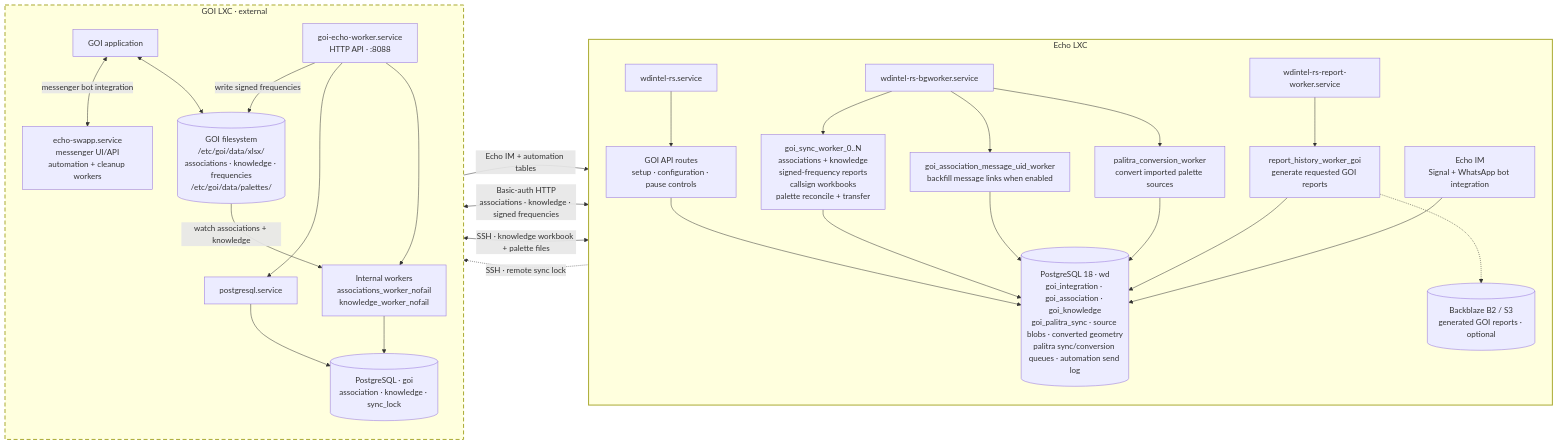
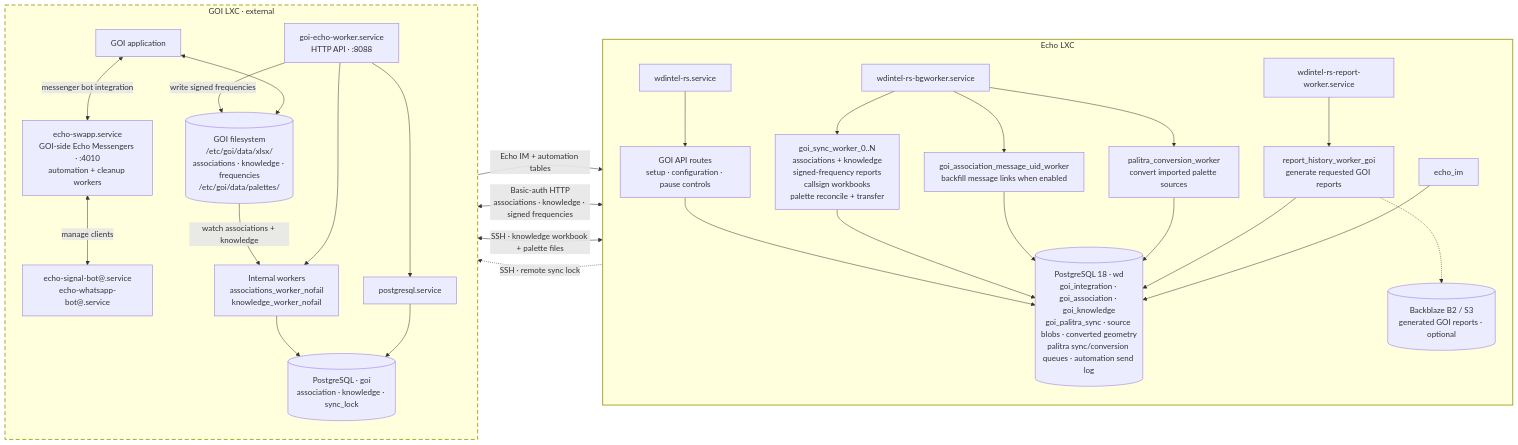
One commit to murczyk/echo changed the fourth of 5 diagrams in docs/README.md. Above: the diagram before and after it, drawn with Mermaid. The commit also changed other lines of this file, not shown here.

````diff
--- a/docs/README.md
+++ b/docs/README.md
@@ -272,61 +269,61 @@
 ```mermaid
 flowchart LR
     subgraph echo_lxc["Echo LXC"]
         direction TB
         api["wdintel-rs.service"]
         bg["wdintel-rs-bgworker.service"]
         reports["wdintel-rs-report-worker.service"]
 
         routes["GOI API routes<br/>setup · configuration · pause controls"]
         sync["goi_sync_worker_0..N<br/>associations + knowledge<br/>signed-frequency reports<br/>callsign workbooks<br/>palette reconcile + transfer"]
         message_uid["goi_association_message_uid_worker<br/>backfill message links when enabled"]
         conversion["palitra_conversion_worker<br/>convert imported palette sources"]
         report["report_history_worker_goi<br/>generate requested GOI reports"]
-        echo_im["Echo IM<br/>Signal + WhatsApp bot integration"]
-
         echo_pg[("PostgreSQL 18 · wd<br/>goi_integration · goi_association · goi_knowledge<br/>goi_palitra_sync · source blobs · converted geometry<br/>palitra sync/conversion queues · automation send log")]
         report_store[("Backblaze B2 / S3<br/>generated GOI reports · optional")]
 
         api --> routes
         bg --> sync
         bg --> message_uid
         bg --> conversion
         reports --> report
 
         routes --> echo_pg
         sync --> echo_pg
         message_uid --> echo_pg
         conversion --> echo_pg
         report --> echo_pg
         report -.-> report_store
         echo_im --> echo_pg
     end
 
     subgraph goi_lxc["GOI LXC · external"]
         direction TB
         goi_app["GOI application"]
         goi_worker["goi-echo-worker.service<br/>HTTP API · :8088"]
+        echo_swapp["echo-swapp.service<br/>GOI-side Echo Messengers · :4010<br/>automation + cleanup workers"]
+        messenger_clients["echo-signal-bot@.service<br/>echo-whatsapp-bot@.service"]
         goi_watchers["Internal workers<br/>associations_worker_nofail<br/>knowledge_worker_nofail"]
-        echo_swapp["echo-swapp.service<br/>messenger UI/API<br/>automation + cleanup workers"]
         goi_postgres["postgresql.service"]
         goi_pg[("PostgreSQL · goi<br/>association · knowledge · sync_lock")]
         goi_files[("GOI filesystem<br/>/etc/goi/data/xlsx/<br/>associations · knowledge · frequencies<br/>/etc/goi/data/palettes/")]
 
         goi_app <--> goi_files
+        goi_app <-->|messenger bot integration| echo_swapp
+        echo_swapp <-->|manage clients| messenger_clients
         goi_worker --> goi_watchers
         goi_worker --> goi_postgres
         goi_postgres --> goi_pg
         goi_watchers --> goi_pg
         goi_files -->|watch associations + knowledge| goi_watchers
         goi_worker -->|write signed frequencies| goi_files
     end
 
     sync <-->|Basic-auth HTTP<br/>associations · knowledge · signed frequencies| goi_worker
     sync <-->|SSH · knowledge workbook + palette files| goi_files
     sync -.->|SSH · remote sync lock| goi_pg
-    goi_app <-->|messenger bot integration| echo_swapp
     echo_swapp -->|Echo IM + automation tables| echo_pg
 
     style echo_lxc stroke-width:2px
     style goi_lxc stroke-width:2px,stroke-dasharray:8 5
 ```
````
